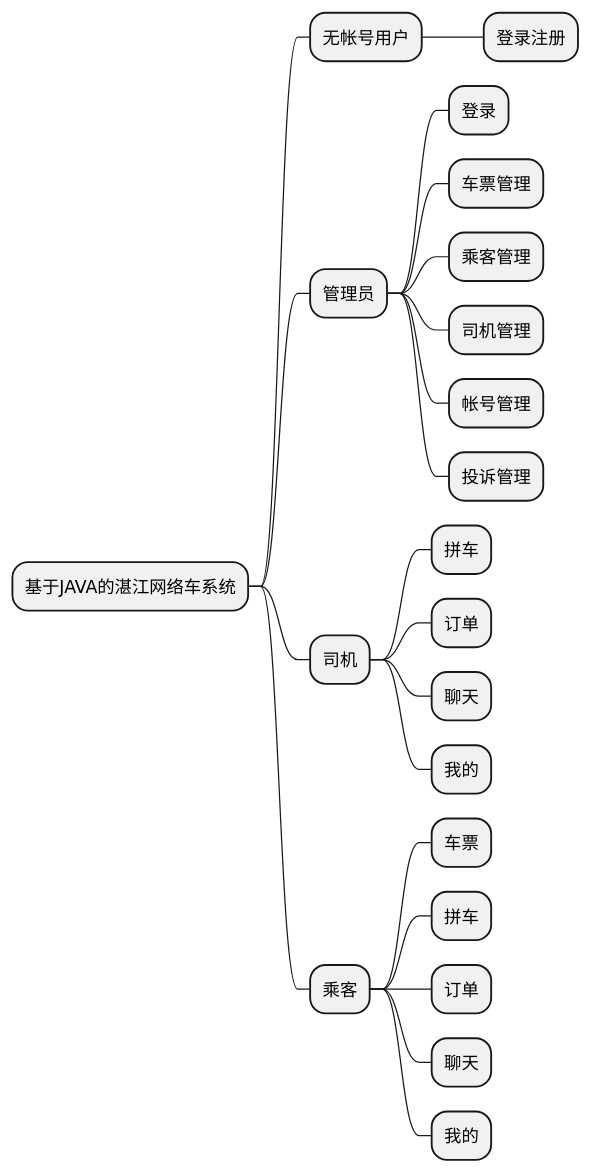
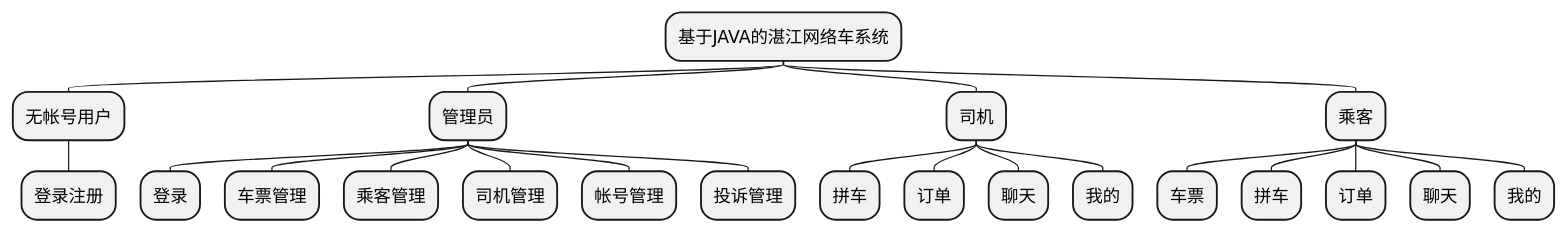
One commit to RZGGM/CarpoolingProjectBasedOnSringbootAndVue-Backend changed the diagram in src/main/resources/uml/功能模块图/功能模块用，用思维导图做的.puml. Above: the diagram before and after it, drawn with PlantUML. The commit also changed 4 other files, not shown here.

Commit message:
画了一些图

```diff
--- a/src/main/resources/uml/功能模块图/功能模块用，用思维导图做的.puml
+++ b/src/main/resources/uml/功能模块图/功能模块用，用思维导图做的.puml
@@ -1,27 +1,27 @@
 @startmindmap
 'https://plantuml.com/mindmap-diagram
-'top to bottom direction
+top to bottom direction
  * 基于JAVA的湛江网络车系统
  ** 无帐号用户
  *** 登录注册
 
  ** 管理员
  *** 登录
  *** 车票管理
  *** 乘客管理
  *** 司机管理
  *** 帐号管理
  *** 投诉管理
  ** 司机
  *** 拼车
  *** 订单
  *** 聊天
  *** 我的
  ** 乘客
  *** 车票
  *** 拼车
   *** 订单
   *** 聊天
   *** 我的
 
 @endmindmap
```
